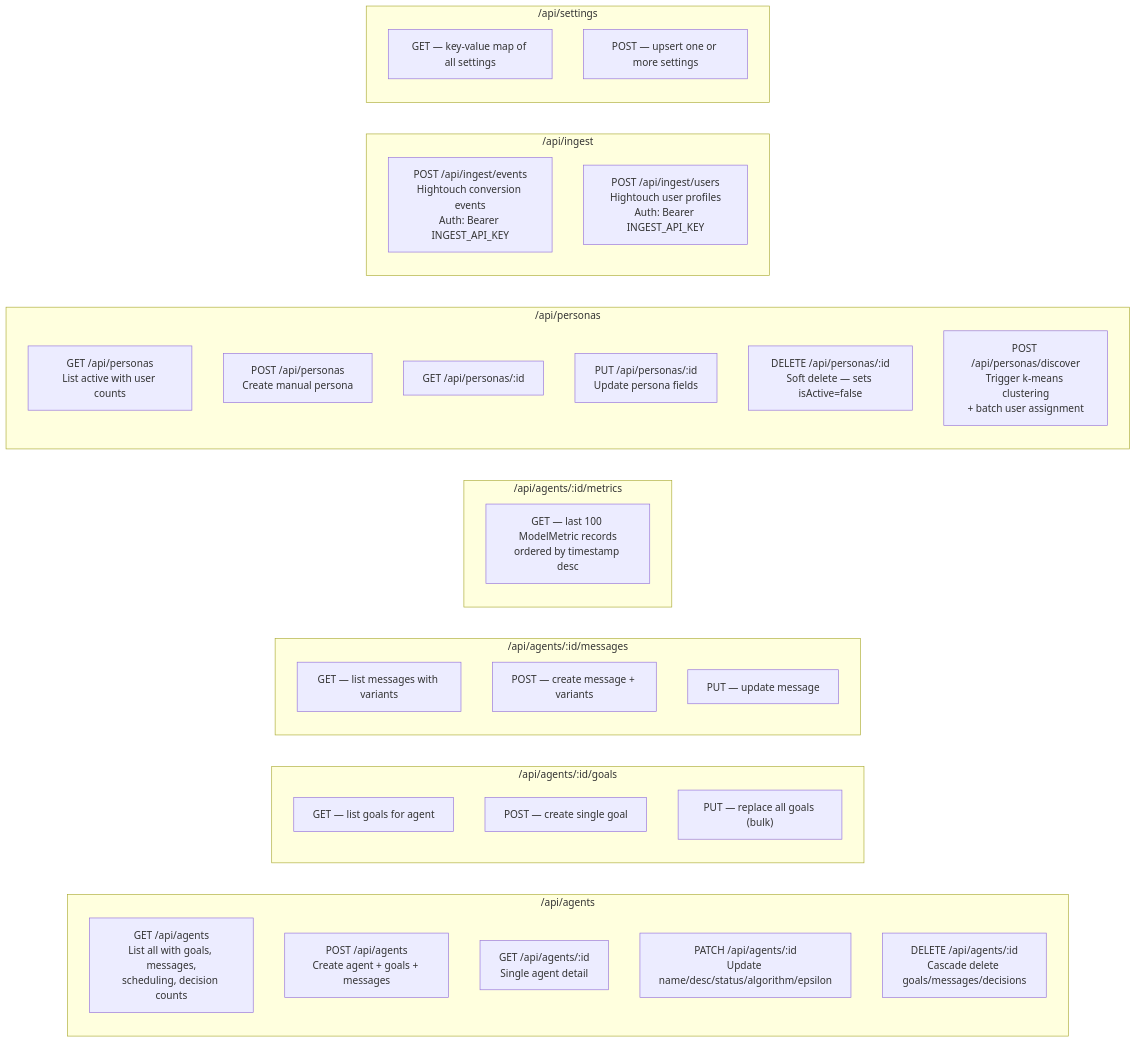
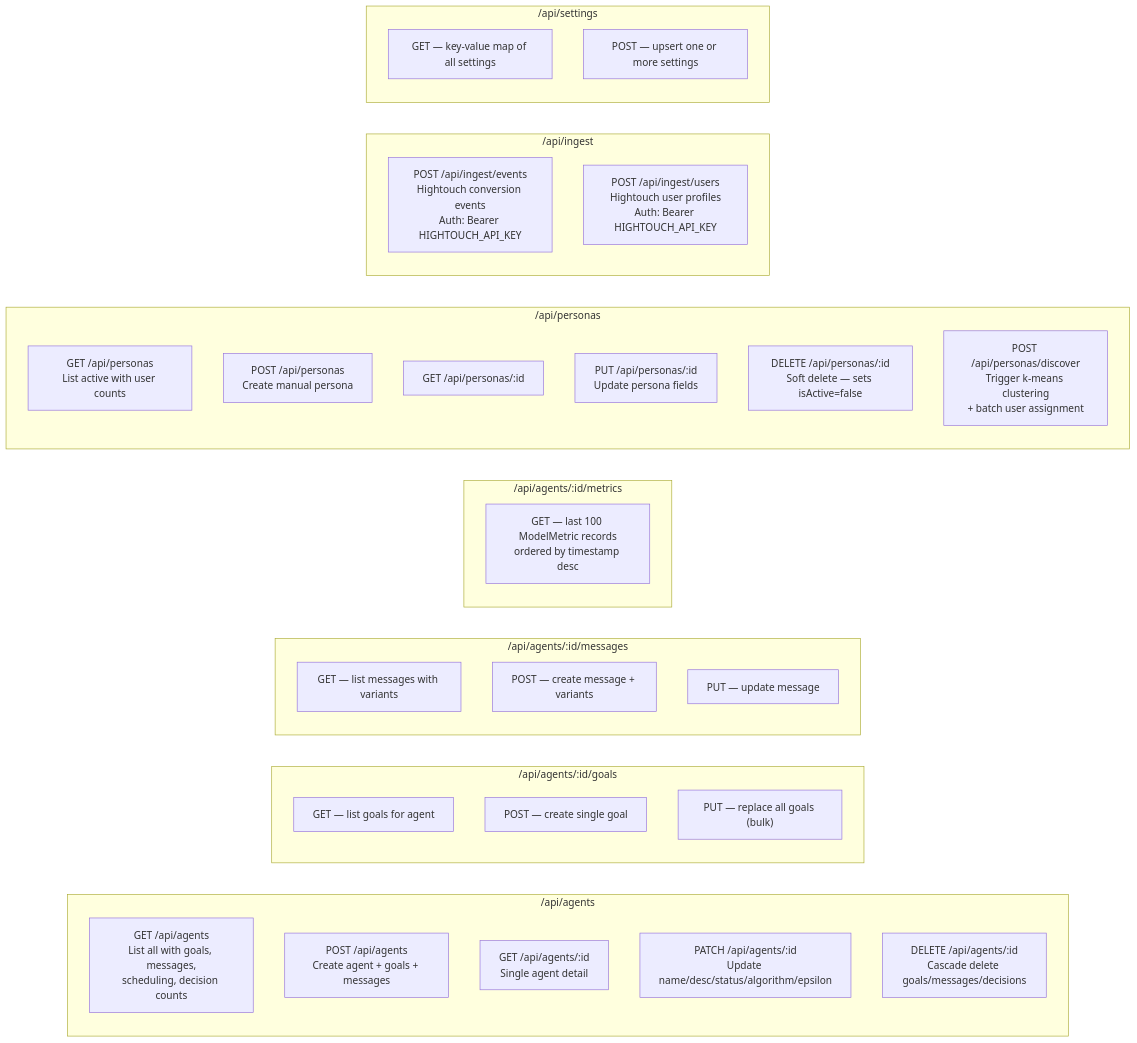
Before and after one commit to ender1311/nexusAi: the diagram in docs/api-routes.md, drawn with Mermaid. The commit also changed other lines of this file and 29 other files, not shown here.

````diff
--- a/docs/api-routes.md
+++ b/docs/api-routes.md
@@ -5,45 +5,45 @@
 ```mermaid
 graph LR
     subgraph Agents["/api/agents"]
         A1["GET /api/agents<br/>List all with goals, messages,<br/>scheduling, decision counts"]
         A2["POST /api/agents<br/>Create agent + goals + messages"]
         A3["GET /api/agents/:id<br/>Single agent detail"]
         A4["PATCH /api/agents/:id<br/>Update name/desc/status/algorithm/epsilon"]
         A5["DELETE /api/agents/:id<br/>Cascade delete goals/messages/decisions"]
     end
 
     subgraph Goals["/api/agents/:id/goals"]
         G1["GET — list goals for agent"]
         G2["POST — create single goal"]
         G3["PUT — replace all goals (bulk)"]
     end
 
     subgraph Messages["/api/agents/:id/messages"]
         M1["GET — list messages with variants"]
         M2["POST — create message + variants"]
         M3["PUT — update message"]
     end
 
     subgraph Metrics["/api/agents/:id/metrics"]
         ME1["GET — last 100 ModelMetric records<br/>ordered by timestamp desc"]
     end
 
     subgraph Personas["/api/personas"]
         P1["GET /api/personas<br/>List active with user counts"]
         P2["POST /api/personas<br/>Create manual persona"]
         P3["GET /api/personas/:id"]
         P4["PUT /api/personas/:id<br/>Update persona fields"]
         P5["DELETE /api/personas/:id<br/>Soft delete — sets isActive=false"]
         P6["POST /api/personas/discover<br/>Trigger k-means clustering<br/>+ batch user assignment"]
     end
 
     subgraph Ingest["/api/ingest"]
-        I1["POST /api/ingest/events<br/>Hightouch conversion events<br/>Auth: Bearer INGEST_API_KEY"]
-        I2["POST /api/ingest/users<br/>Hightouch user profiles<br/>Auth: Bearer INGEST_API_KEY"]
+        I1["POST /api/ingest/events<br/>Hightouch conversion events<br/>Auth: Bearer HIGHTOUCH_API_KEY"]
+        I2["POST /api/ingest/users<br/>Hightouch user profiles<br/>Auth: Bearer HIGHTOUCH_API_KEY"]
     end
 
     subgraph Settings["/api/settings"]
         S1["GET — key-value map of all settings"]
         S2["POST — upsert one or more settings"]
     end
 ```
````
